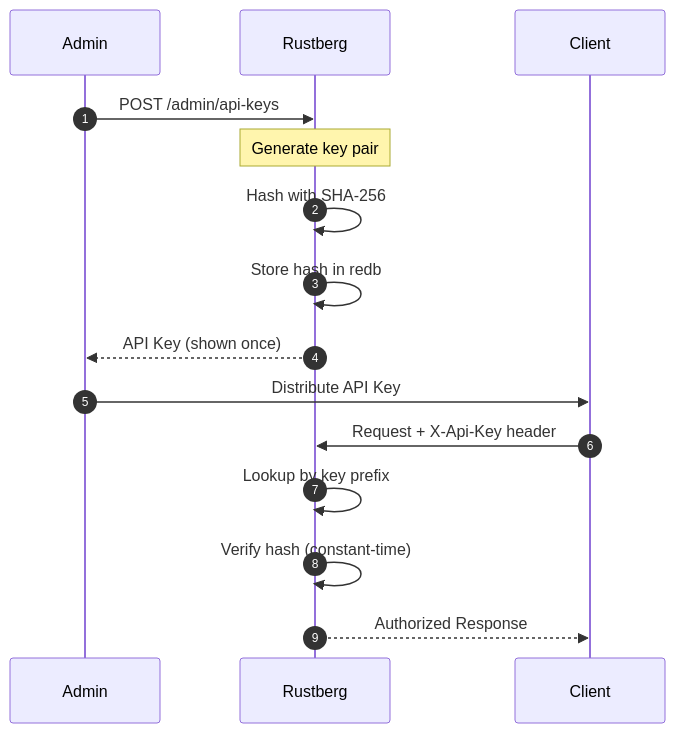
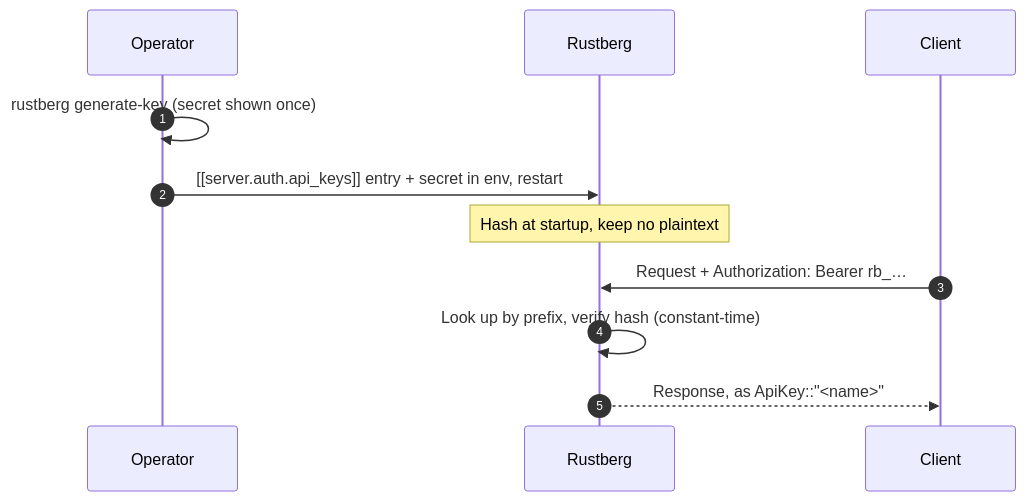
The fourth of 10 diagrams in site/content/docs/architecture.md (hupe1980/rustberg), drawn with Mermaid before and after one commit. The commit also changed other lines of this file and 114 other files, not shown here.

````diff
--- a/site/content/docs/architecture.md
+++ b/site/content/docs/architecture.md
@@ -149,20 +149,14 @@
 ```mermaid
 sequenceDiagram
     autonumber
-    participant Admin
+    participant Operator
     participant Rustberg
     participant Client
 
-    Admin->>Rustberg: POST /admin/api-keys
-    Note over Rustberg: Generate key pair
-    Rustberg->>Rustberg: Hash with SHA-256
-    Rustberg->>Rustberg: Store hash in redb
-    Rustberg-->>Admin: API Key (shown once)
-    
-    Admin->>Client: Distribute API Key
-    
-    Client->>Rustberg: Request + X-Api-Key header
-    Rustberg->>Rustberg: Lookup by key prefix
-    Rustberg->>Rustberg: Verify hash (constant-time)
-    Rustberg-->>Client: Authorized Response
+    Operator->>Operator: rustberg generate-key (secret shown once)
+    Operator->>Rustberg: [[server.auth.api_keys]] entry + secret in env, restart
+    Note over Rustberg: Hash at startup, keep no plaintext
+    Client->>Rustberg: Request + Authorization: Bearer rb_…
+    Rustberg->>Rustberg: Look up by prefix, verify hash (constant-time)
+    Rustberg-->>Client: Response, as ApiKey::"<name>"
 ```
````
